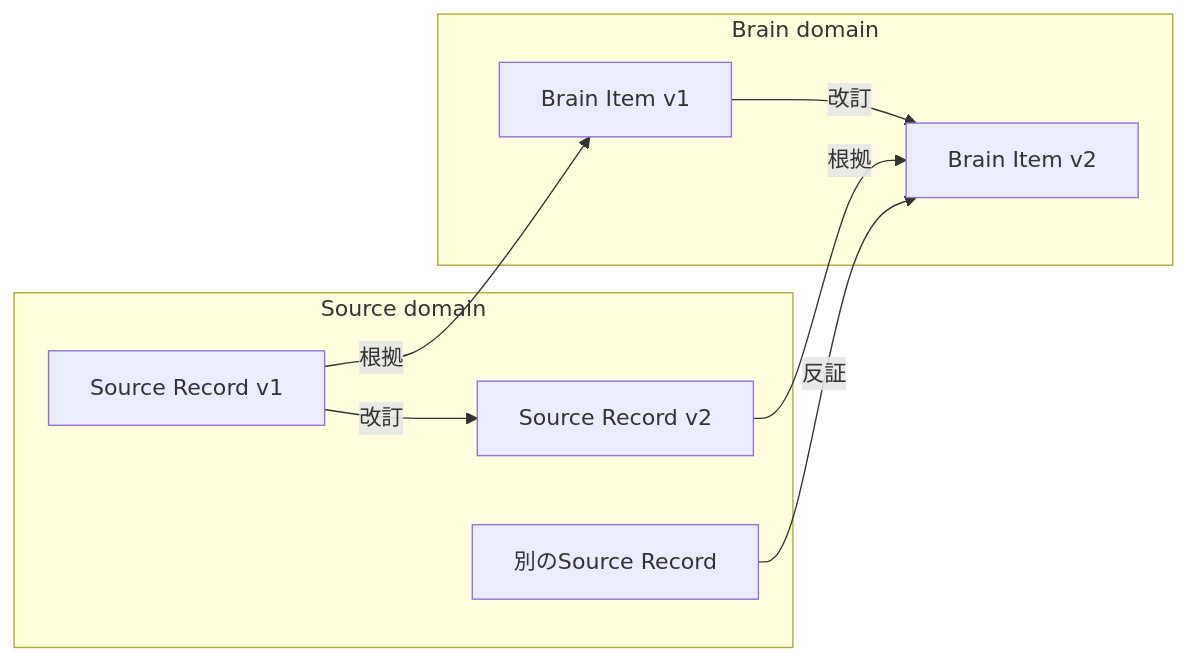
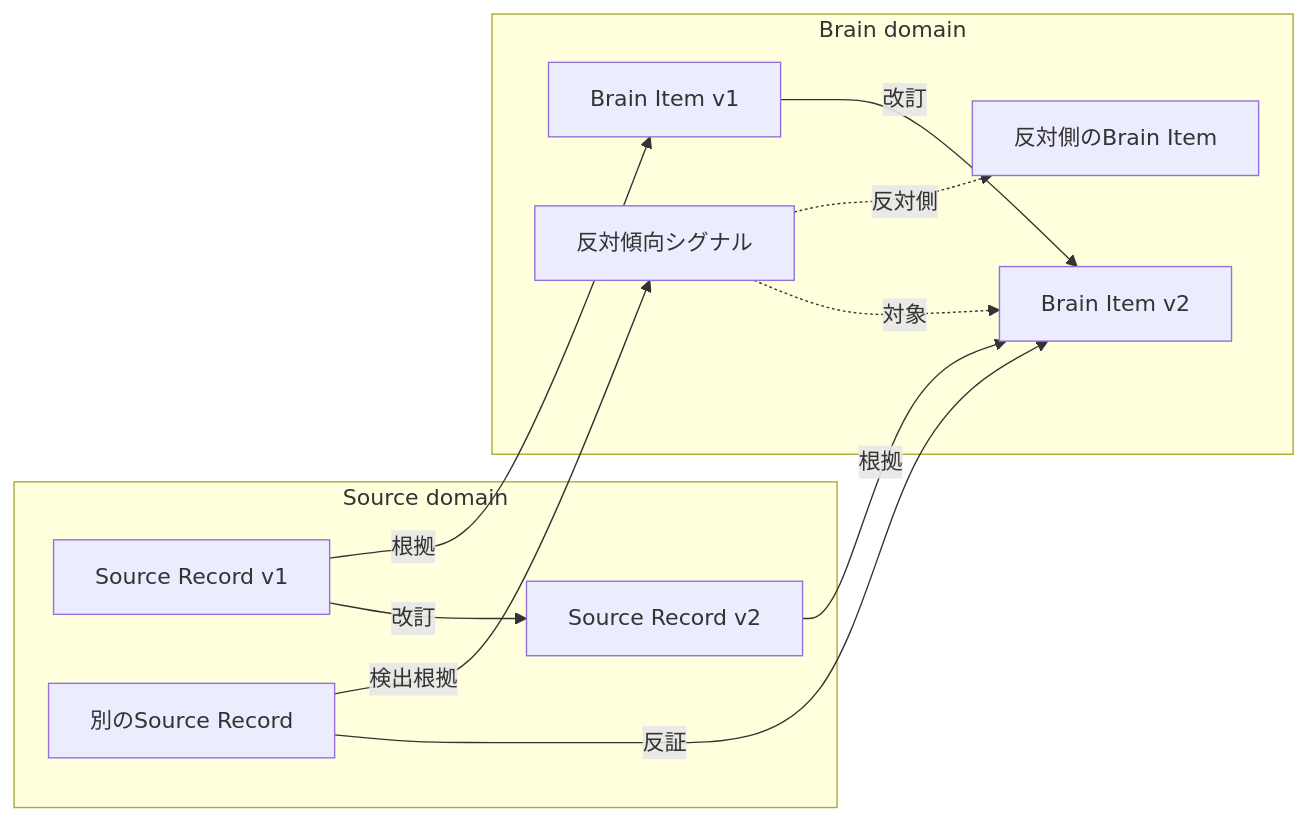
Before and after one commit to kkyosuke/me-builder: the diagram in docs/domain/brain/evidence-edge-design.md, drawn with Mermaid. The commit also changed other lines of this file and 7 other files, not shown here.

````diff
--- a/docs/domain/brain/evidence-edge-design.md
+++ b/docs/domain/brain/evidence-edge-design.md
@@ -30,17 +32,22 @@
 ```mermaid
 flowchart LR
     subgraph S["Source domain"]
         SR1["Source Record v1"]
         SR2["Source Record v2"]
         SR3["別のSource Record"]
     end
     subgraph B["Brain domain"]
         BI1["Brain Item v1"]
         BI2["Brain Item v2"]
+        BI3["反対側のBrain Item"]
+        CS["反対傾向シグナル"]
     end
     SR1 -->|改訂| SR2
     BI1 -->|改訂| BI2
     SR1 -->|根拠| BI1
     SR2 -->|根拠| BI2
     SR3 -->|反証| BI2
+    SR3 -->|検出根拠| CS
+    CS -.->|対象| BI2
+    CS -.->|反対側| BI3
 ```
````
